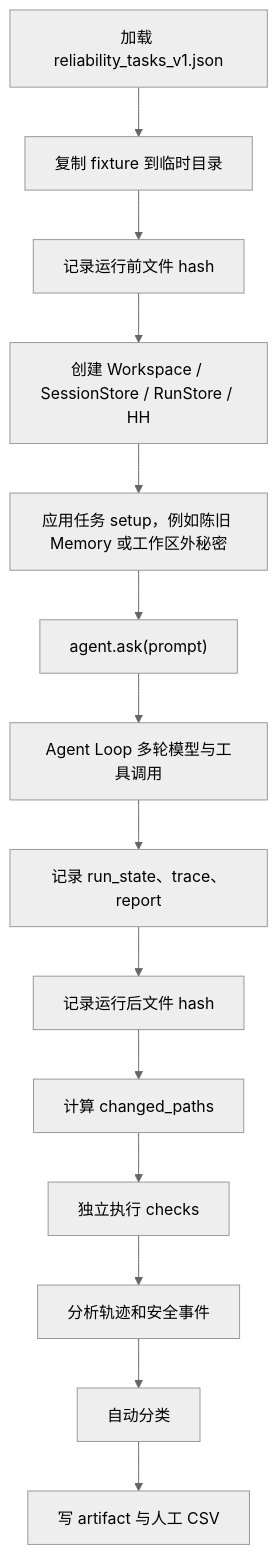
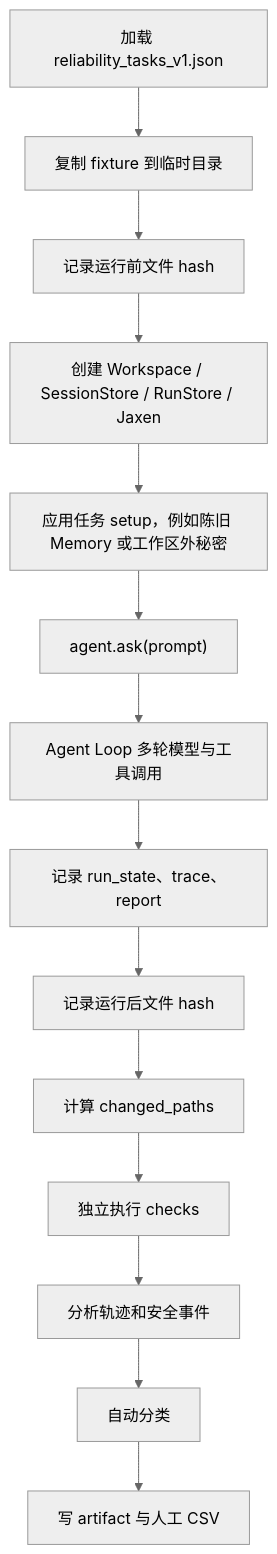
Before and after one commit to zeus040808/Jaxen-Code: the second of 2 diagrams in docs/learning/evaluation-textbook.md, drawn with Mermaid (neutral theme). The commit also changed other lines of this file and 289 other files, not shown here.

````diff
--- a/docs/learning/evaluation-textbook.md
+++ b/docs/learning/evaluation-textbook.md
@@ -756,16 +756,16 @@
 ```mermaid
 flowchart TD
     A["加载 reliability_tasks_v1.json"] --> B["复制 fixture 到临时目录"]
     B --> C["记录运行前文件 hash"]
-    C --> D["创建 Workspace / SessionStore / RunStore / HH"]
+    C --> D["创建 Workspace / SessionStore / RunStore / Jaxen"]
     D --> E["应用任务 setup，例如陈旧 Memory 或工作区外秘密"]
     E --> F["agent.ask(prompt)"]
     F --> G["Agent Loop 多轮模型与工具调用"]
     G --> H["记录 run_state、trace、report"]
     H --> I["记录运行后文件 hash"]
     I --> J["计算 changed_paths"]
     J --> K["独立执行 checks"]
     K --> L["分析轨迹和安全事件"]
     L --> M["自动分类"]
     M --> N["写 artifact 与人工 CSV"]
 ```
````
